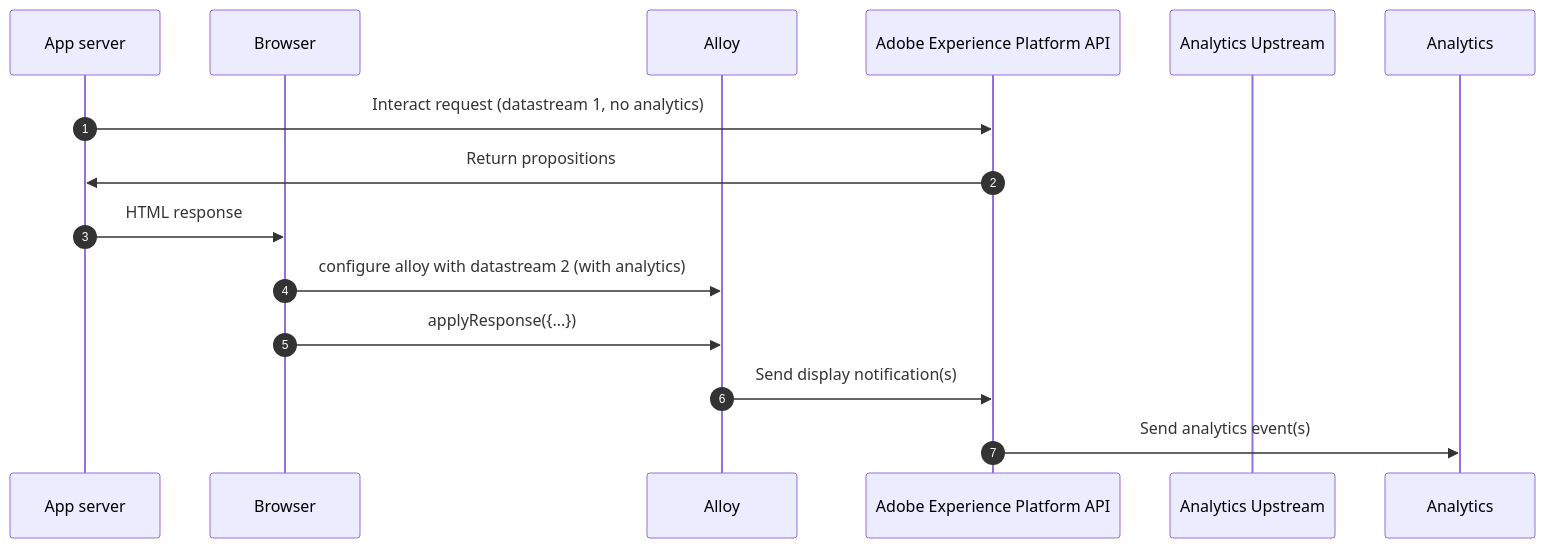
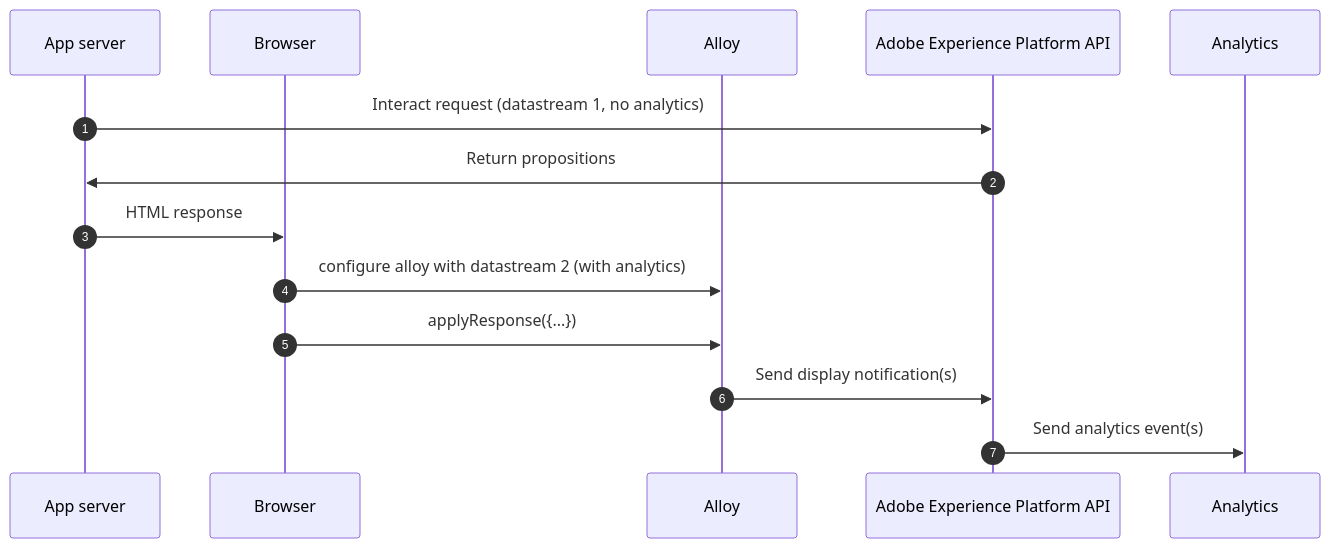
The diagram in AnalyticsStrategy.md (adobe/alloy-samples), drawn with Mermaid before and after one commit.

````diff
--- a/AnalyticsStrategy.md
+++ b/AnalyticsStrategy.md
@@ -15,16 +15,16 @@
 ```mermaid
 sequenceDiagram
   participant App server
   participant Browser
   participant Alloy
   participant API as Adobe Experience Platform API
-  participant Analytics Upstream
+  participant Analytics
   autonumber
   App server->>API: Interact request (datastream 1, no analytics)
   API->>App server: Return propositions
   App server->>Browser: HTML response
   Browser->>Alloy: configure alloy with datastream 2 (with analytics);
   Browser->>Alloy: applyResponse({...});
   Alloy->>API: Send display notification(s)
   API->>Analytics: Send analytics event(s)
 ```
````
